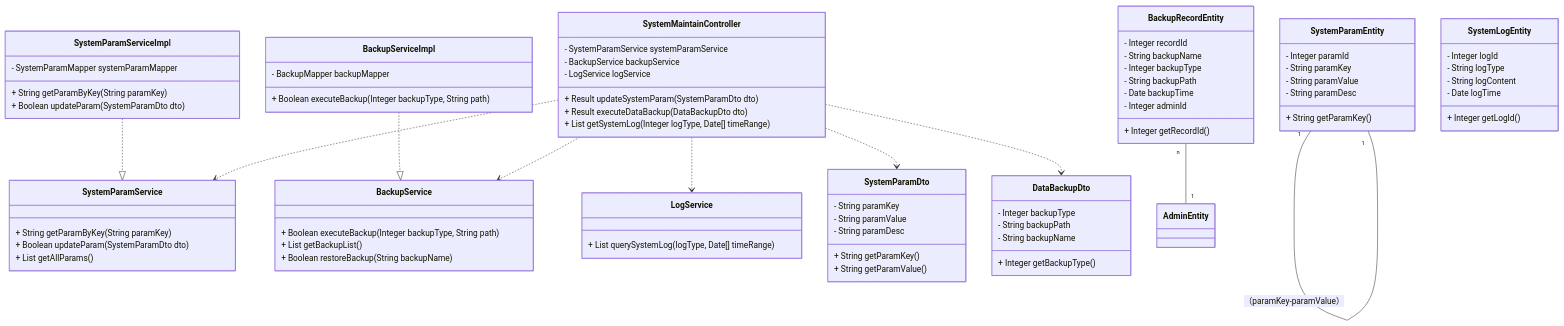
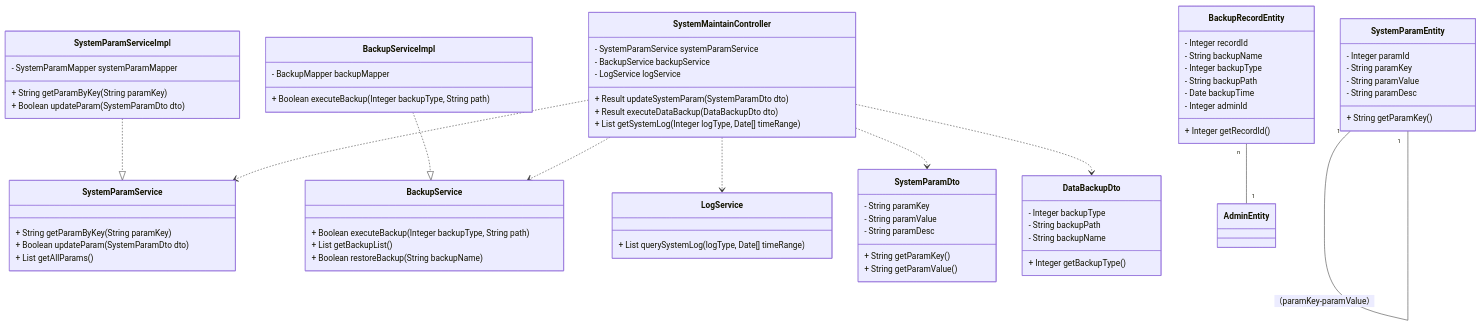
The diagram in all/未命名-2.md (DEbalanceUX/iodraw-files), drawn with Mermaid before and after one commit.

Commit message:
2025-12-11 14:59:06 update

```diff
--- a/all/未命名-2.md
+++ b/all/未命名-2.md
@@ -76,14 +76,7 @@
         + Integer getRecordId()
     }
 
-    class SystemLogEntity {
-        - Integer logId
-        - String logType
-        - String logContent
-        - Date logTime
-        + Integer getLogId()
-    }
-
+    
     class LogService {
         + List<SystemLogEntity> querySystemLog( logType, Date[] timeRange)
     }
```
